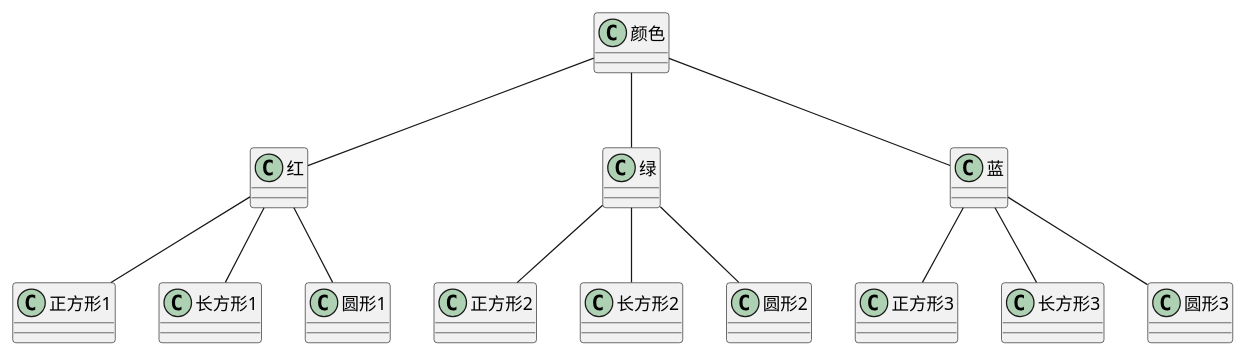
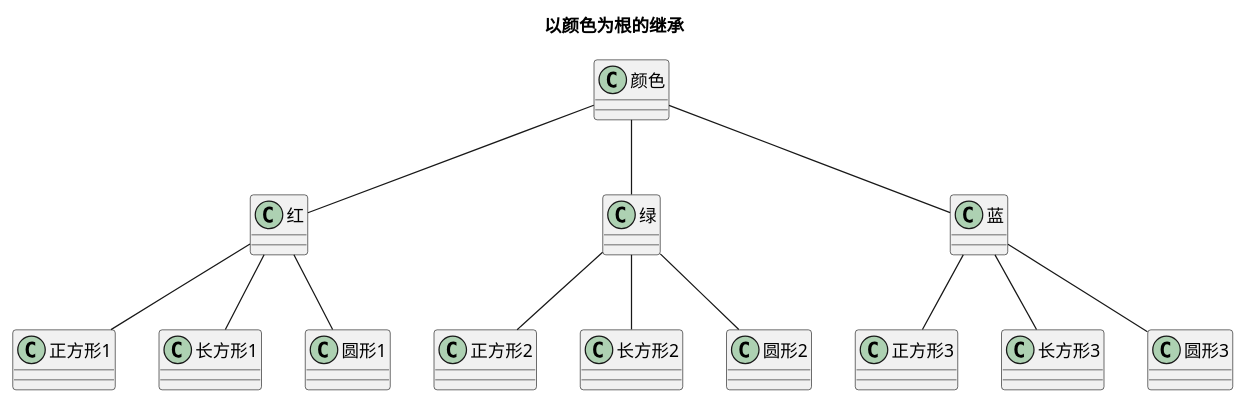
Before and after one commit to lepoch/lepoch.github.io: the third of 5 diagrams in source/_posts/模式-桥接模式.md, drawn with PlantUML. The commit also changed other lines of this file and 231 other files, not shown here.

````diff
--- a/source/_posts/模式-桥接模式.md
+++ b/source/_posts/模式-桥接模式.md
@@ -163,19 +280,21 @@
 ```plantuml
 @startuml
+Title "以颜色为根的继承"
+
 红 -up- 颜色
 绿 -up- 颜色
 蓝 -up- 颜色
 
 正方形3 -up- 蓝
 长方形3 -up- 蓝
 圆形3 -up- 蓝
 
 正方形2 -up- 绿
 长方形2 -up- 绿
 圆形2 -up- 绿
 
 正方形1 -up- 红
 长方形1 -up- 红
 圆形1 -up- 红
 @enduml
 ```
````
